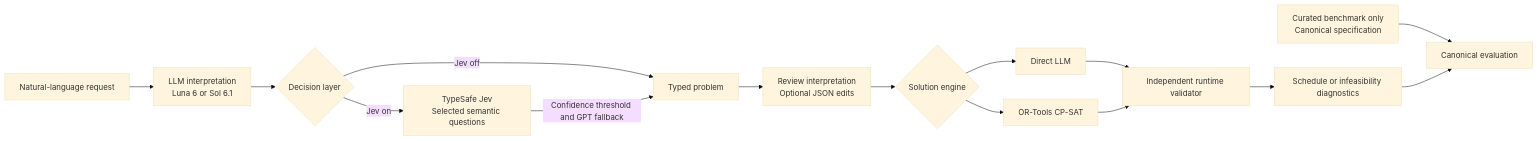
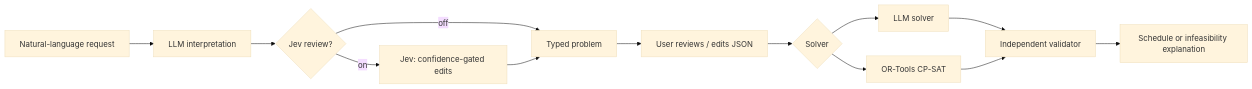
The diagram in README.md (andrewcukierwar/ai-decision-optimizer), drawn with Mermaid (base theme) before and after one commit. The commit also changed other lines of this file, not shown here.

Commit message:
Revise README to clarify app functionality and architecture overview, enhancing user understanding of scheduling problem interpretation and solver options.

````diff
--- a/README.md
+++ b/README.md
@@ -23,17 +59,14 @@
 ```mermaid
 flowchart LR
-    R[Natural-language request] --> L[LLM interpretation<br/>Luna 6 or Sol 6.1]
-    L --> J{Decision layer}
-    J -->|Jev off| P[Typed problem]
-    J -->|Jev on| Q[TypeSafe Jev<br/>Selected semantic questions]
-    Q -->|Confidence threshold and GPT fallback| P
-    P --> H[Review interpretation<br/>Optional JSON edits]
-    H --> E{Solution engine}
-    E --> D[Direct LLM]
+    R[Natural-language request] --> L[LLM interpretation]
+    L --> J{Jev review?}
+    J -->|off| P[Typed problem]
+    J -->|on| Q[Jev: confidence-gated edits] --> P
+    P --> H[User reviews / edits JSON]
+    H --> E{Solver}
+    E --> D[LLM solver]
     E --> C[OR-Tools CP-SAT]
-    D --> V[Independent runtime validator]
+    D --> V[Independent validator]
     C --> V
-    V --> O[Schedule or infeasibility diagnostics]
-    B[Curated benchmark only<br/>Canonical specification] --> K[Canonical evaluation]
-    O --> K
+    V --> O[Schedule or infeasibility explanation]
 ```
````
